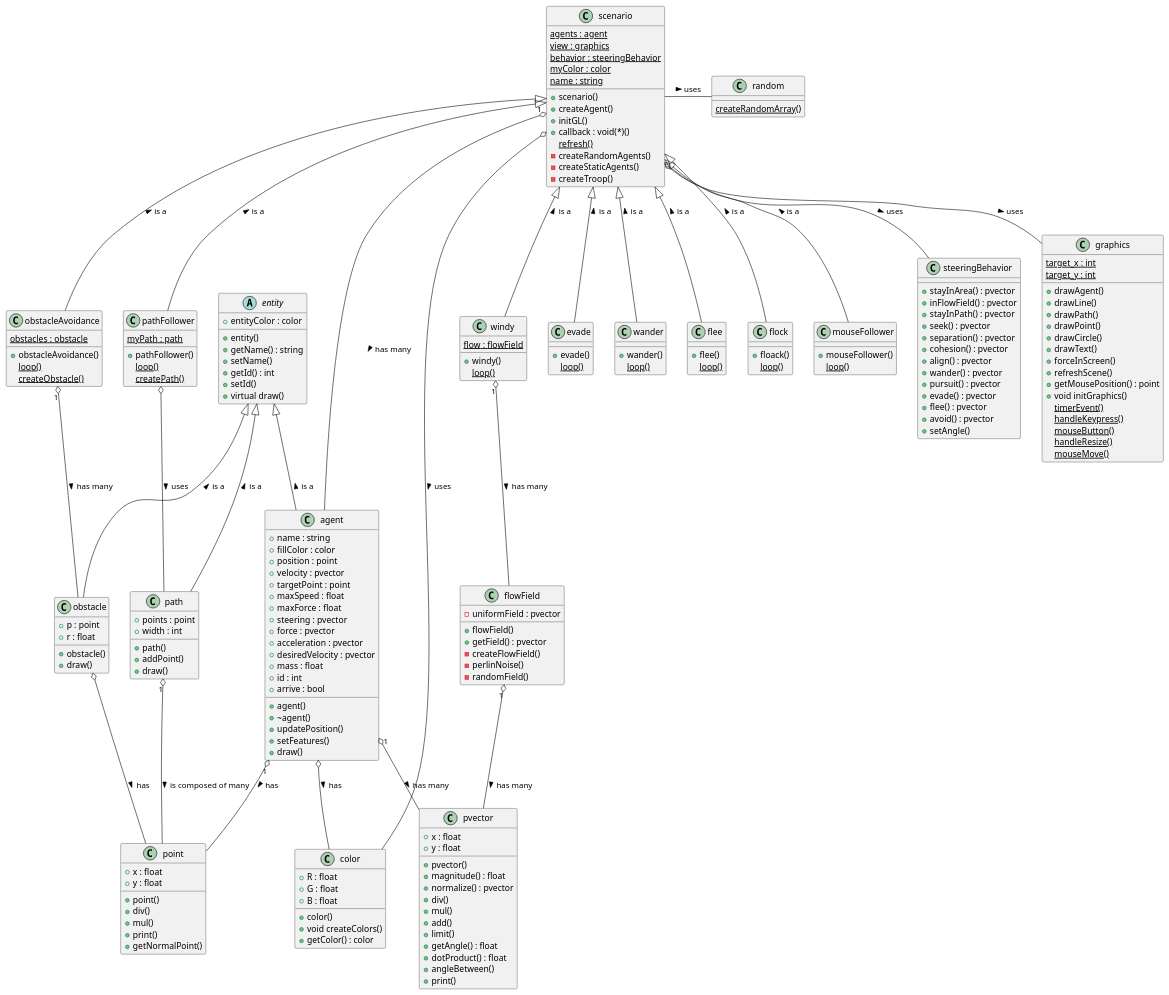
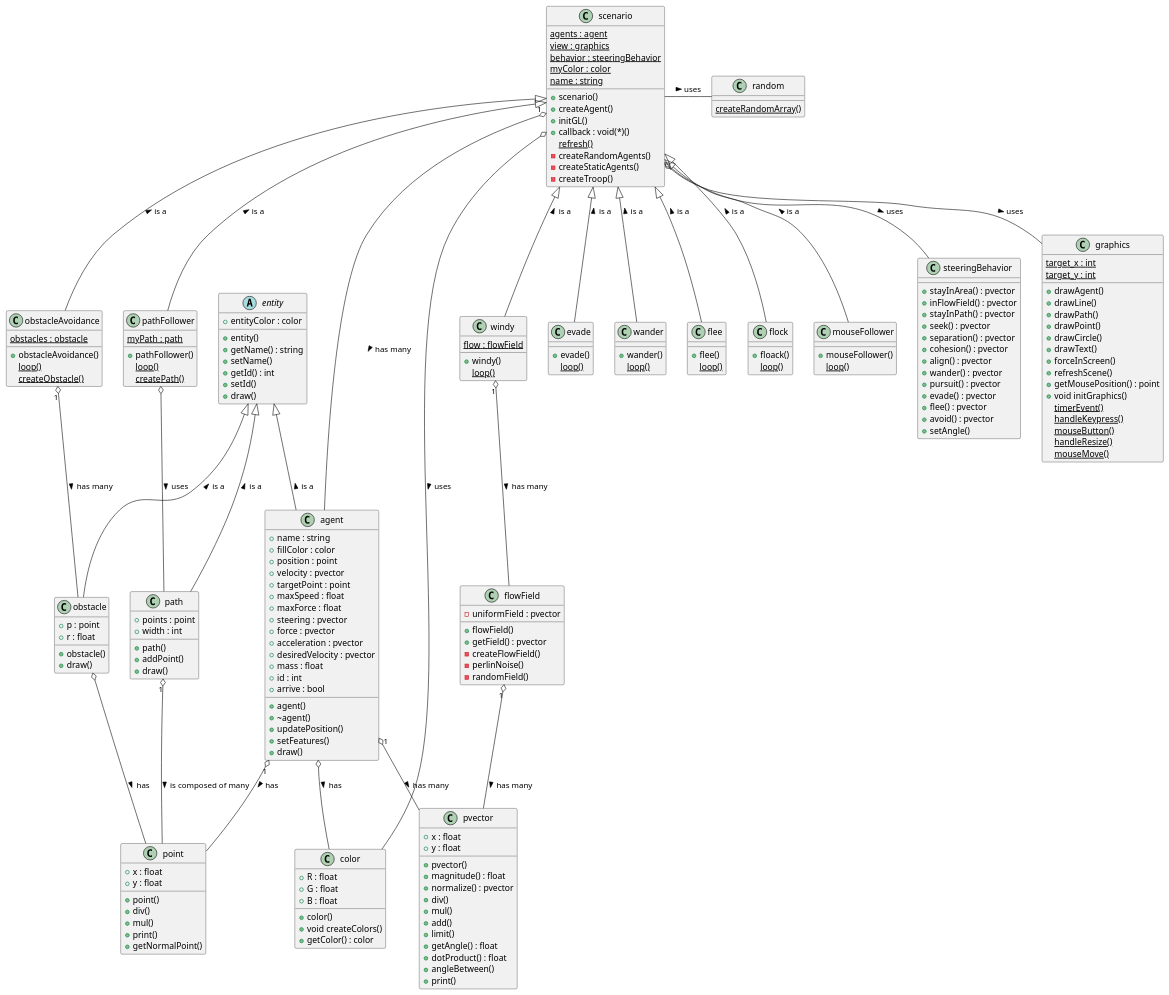
Before and after one commit to mehmetrizaoz/autonomousSteeringAgents: the diagram in docs/uml/class_diagram.puml, drawn with PlantUML.

Commit message:
class diagram update

```diff
--- a/docs/uml/class_diagram.puml
+++ b/docs/uml/class_diagram.puml
@@ -13,7 +13,7 @@
   +setName()
   +getId() : int
   +setId()
-  +virtual draw()
+  +draw()
   +entityColor : color
 }
 
@@ -217,5 +217,5 @@
 scenario - random : uses >
 entity <|-- path : is a <
 entity <|-- agent : is a <
-entity <|-- obstacle : is a <
+entity <|-- obstacle : is a < 
 @enduml
```
